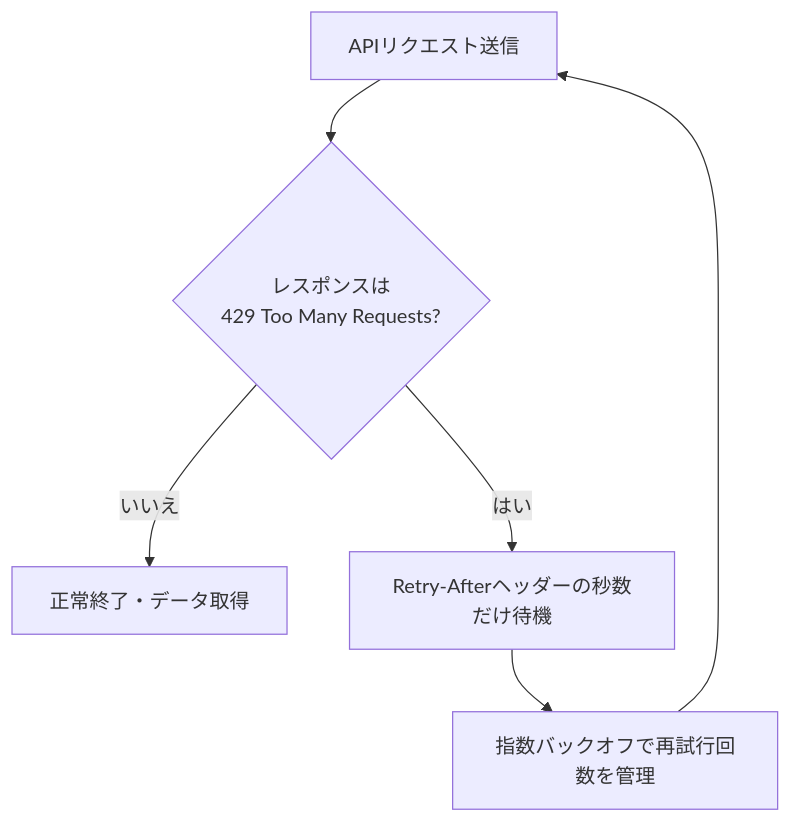
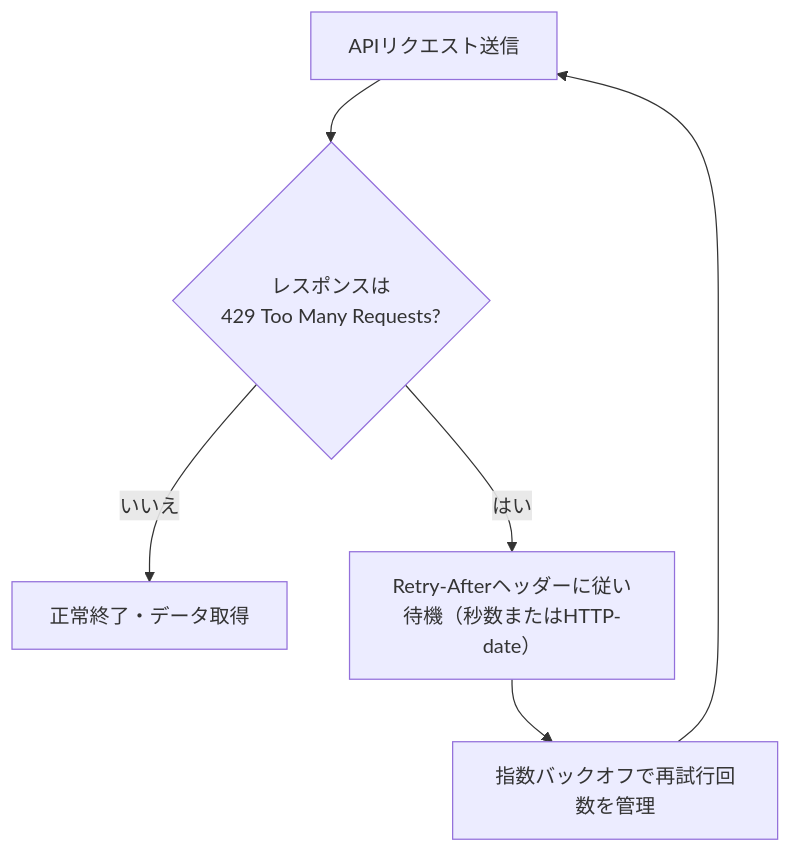
One commit to myoshi2891/Cloud-Infrastructure-Studies changed the seventh of 9 diagrams in archive/Cisco/md/ccna/Ccna-automation-api-guide.md. Above: the diagram before and after it, drawn with Mermaid. The commit also changed other lines of this file and 1 other file, not shown here.

Commit message:
docs(ccna): update Retry-After diagram and text to indicate support for seconds and HTTP-date

````diff
--- a/archive/Cisco/md/ccna/Ccna-automation-api-guide.md
+++ b/archive/Cisco/md/ccna/Ccna-automation-api-guide.md
@@ -321,8 +321,8 @@
 ```mermaid
 flowchart TB
     Req["APIリクエスト送信"] --> Check{"レスポンスは<br/>429 Too Many Requests?"}
     Check -- いいえ --> Done["正常終了・データ取得"]
-    Check -- はい --> Wait["Retry-Afterヘッダーの秒数だけ待機"]
+    Check -- はい --> Wait["Retry-Afterヘッダーに従い待機（秒数またはHTTP-date）"]
     Wait --> Backoff["指数バックオフで再試行回数を管理"]
     Backoff --> Req
 ```
````
